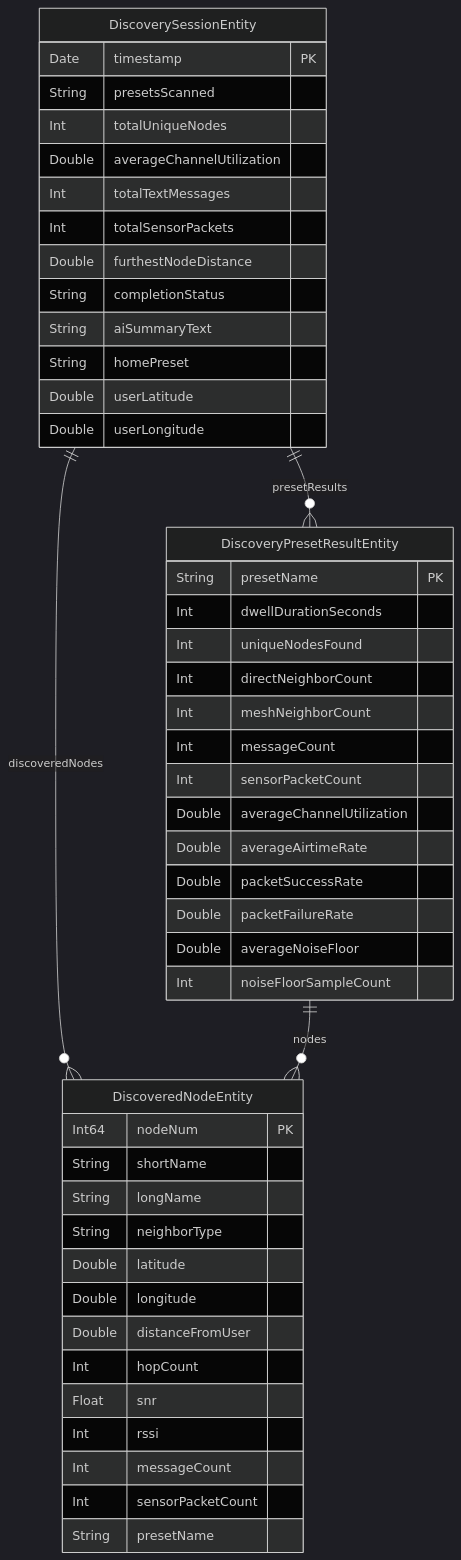
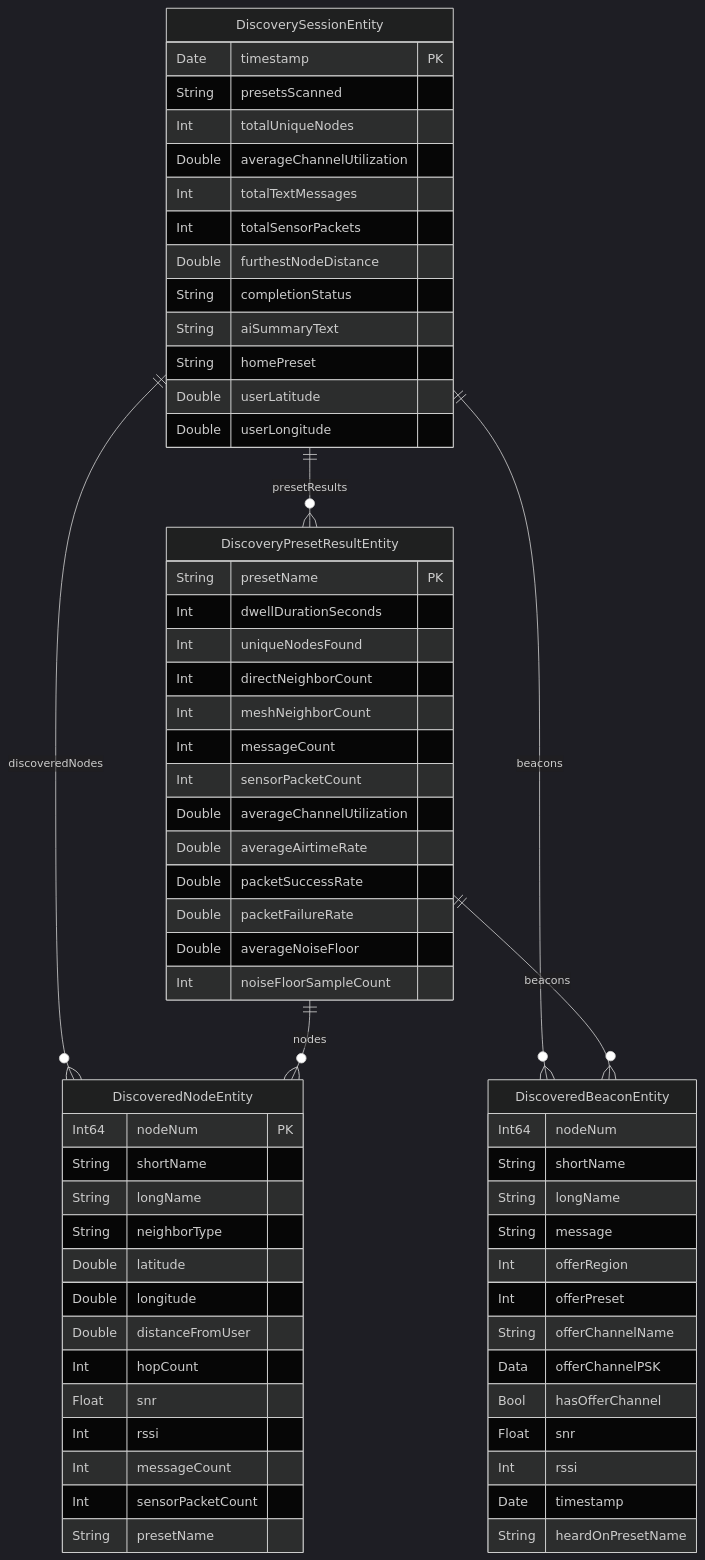
The diagram in specs/001-local-mesh-discovery/data-model.md (cerXXXX/Meshtastic-Apple-autobuild), drawn with Mermaid (dark theme) before and after one commit. The commit also changed other lines of this file and 58 other files, not shown here.

First line of the commit message:
Local Mesh Discovery UX + Mesh Beacons (join, Nearby Meshes, config) — 2.7.17 (#2035)

````diff
--- a/specs/001-local-mesh-discovery/data-model.md
+++ b/specs/001-local-mesh-discovery/data-model.md
@@ -5,53 +5,71 @@
 ```mermaid
 erDiagram
     DiscoverySessionEntity ||--o{ DiscoveryPresetResultEntity : "presetResults"
     DiscoverySessionEntity ||--o{ DiscoveredNodeEntity : "discoveredNodes"
+    DiscoverySessionEntity ||--o{ DiscoveredBeaconEntity : "beacons"
     DiscoveryPresetResultEntity ||--o{ DiscoveredNodeEntity : "nodes"
+    DiscoveryPresetResultEntity ||--o{ DiscoveredBeaconEntity : "beacons"
 
     DiscoverySessionEntity {
         Date timestamp PK
         String presetsScanned
         Int totalUniqueNodes
         Double averageChannelUtilization
         Int totalTextMessages
         Int totalSensorPackets
         Double furthestNodeDistance
         String completionStatus
         String aiSummaryText
         String homePreset
         Double userLatitude
         Double userLongitude
     }
 
     DiscoveryPresetResultEntity {
         String presetName PK
         Int dwellDurationSeconds
         Int uniqueNodesFound
         Int directNeighborCount
         Int meshNeighborCount
         Int messageCount
         Int sensorPacketCount
         Double averageChannelUtilization
         Double averageAirtimeRate
         Double packetSuccessRate
         Double packetFailureRate
         Double averageNoiseFloor
         Int noiseFloorSampleCount
     }
 
     DiscoveredNodeEntity {
         Int64 nodeNum PK
         String shortName
         String longName
         String neighborType
         Double latitude
         Double longitude
         Double distanceFromUser
         Int hopCount
         Float snr
         Int rssi
         Int messageCount
         Int sensorPacketCount
         String presetName
     }
+
+    DiscoveredBeaconEntity {
+        Int64 nodeNum
+        String shortName
+        String longName
+        String message
+        Int offerRegion
+        Int offerPreset
+        String offerChannelName
+        Data offerChannelPSK
+        Bool hasOfferChannel
+        Float snr
+        Int rssi
+        Date timestamp
+        String heardOnPresetName
+    }
 ```
````
